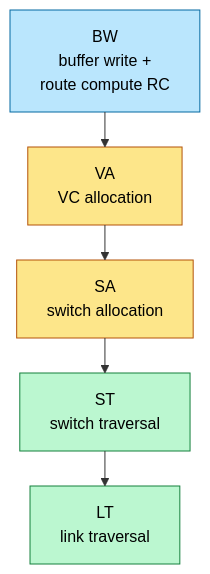
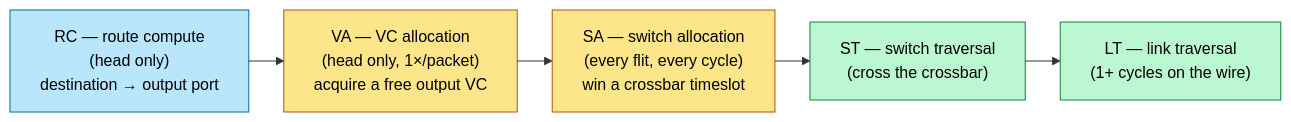
One commit to Wty2003328/silicon-design-notebook changed the diagram in 01_Architecture_and_PPA/13_Network_on_Chip.md. Above: the diagram before and after it, drawn with Mermaid. The commit also changed other lines of this file and 26 other files, not shown here.

Commit message:
Concept-first hard rework checkpoint: Architecture, Fundamentals, Power folders complete (~25 pages reworked)

````diff
--- a/01_Architecture_and_PPA/13_Network_on_Chip.md
+++ b/01_Architecture_and_PPA/13_Network_on_Chip.md
@@ -176,11 +167,11 @@
 ```mermaid
 %%{init: {"flowchart": {"defaultRenderer": "elk", "nodeSpacing": 60, "rankSpacing": 60, "htmlLabels": false}}}%%
-flowchart TD
-    BW[BW<br/>buffer write +<br/>route compute RC]:::s1 --> VA[VA<br/>VC allocation]:::s2
-    VA --> SA[SA<br/>switch allocation]:::s2
-    SA --> ST[ST<br/>switch traversal]:::s3
-    ST --> LT[LT<br/>link traversal]:::s3
-    classDef s1 fill:#bae6fd,stroke:#0369a1,color:#000
-    classDef s2 fill:#fde68a,stroke:#b45309,color:#000
-    classDef s3 fill:#bbf7d0,stroke:#15803d,color:#000
+flowchart LR
+    RC["RC — route compute<br/>(head only)<br/>destination → output port"]:::route --> VA["VA — VC allocation<br/>(head only, 1×/packet)<br/>acquire a free output VC"]:::alloc
+    VA --> SA["SA — switch allocation<br/>(every flit, every cycle)<br/>win a crossbar timeslot"]:::alloc
+    SA --> ST["ST — switch traversal<br/>(cross the crossbar)"]:::trav
+    ST --> LT["LT — link traversal<br/>(1+ cycles on the wire)"]:::trav
+    classDef route fill:#bae6fd,stroke:#0369a1,color:#000
+    classDef alloc fill:#fde68a,stroke:#b45309,color:#000
+    classDef trav fill:#bbf7d0,stroke:#15803d,color:#000
 ```
````
